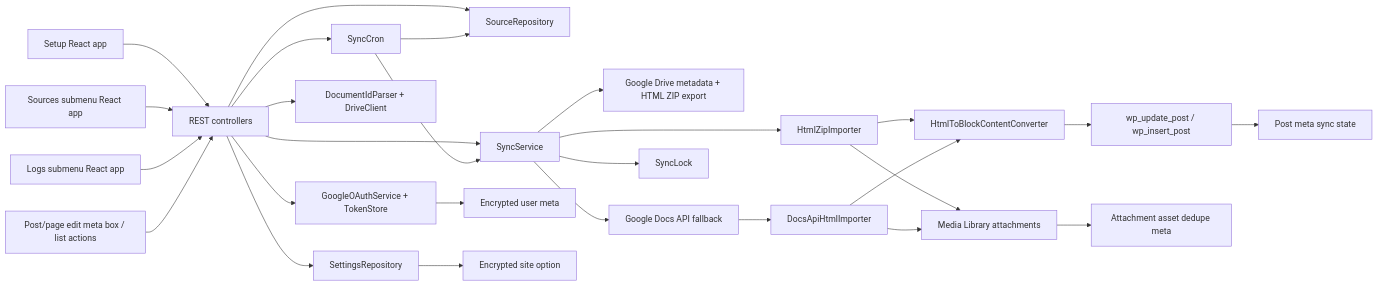
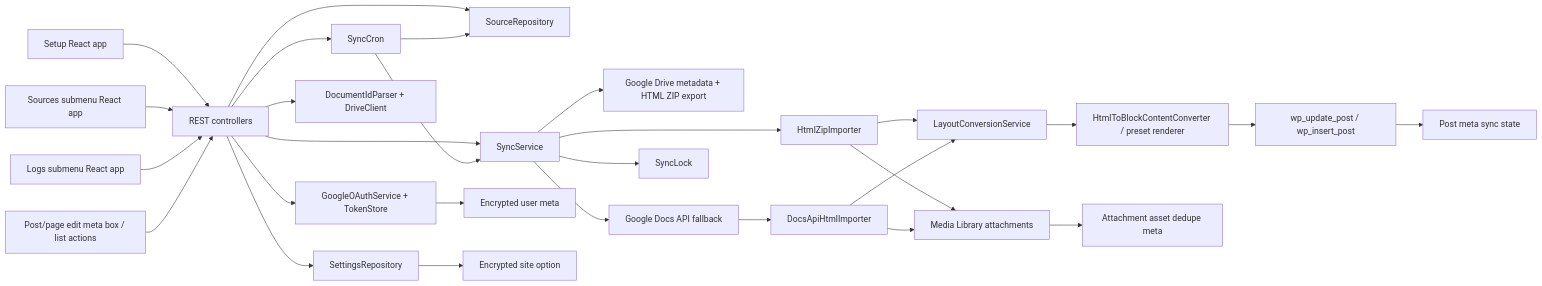
One commit to Brasth/DocSync-WP changed the first of 2 diagrams in docs/system-architecture.md. Above: the diagram before and after it, drawn with Mermaid. The commit also changed other lines of this file and 29 other files, not shown here.

````diff
--- a/docs/system-architecture.md
+++ b/docs/system-architecture.md
@@ -19,29 +19,30 @@
 ```mermaid
 flowchart LR
   SetupApp["Setup React app"] --> REST["REST controllers"]
   SourcesApp["Sources submenu React app"] --> REST
   LogsApp["Logs submenu React app"] --> REST
   TargetUI["Post/page edit meta box / list actions"] --> REST
   REST --> Settings["SettingsRepository"]
   REST --> OAuth["GoogleOAuthService + TokenStore"]
   REST --> Docs["DocumentIdParser + DriveClient"]
   REST --> Sources["SourceRepository"]
   REST --> Sync["SyncService"]
   REST --> Cron["SyncCron"]
   Sync --> Drive["Google Drive metadata + HTML ZIP export"]
   Sync --> DocsAPI["Google Docs API fallback"]
   Sync --> Import["HtmlZipImporter"]
   DocsAPI --> FallbackImport["DocsApiHtmlImporter"]
-  Import --> Blocks["HtmlToBlockContentConverter"]
-  FallbackImport --> Blocks
+  Import --> Layouts["LayoutConversionService"]
+  FallbackImport --> Layouts
+  Layouts --> Blocks["HtmlToBlockContentConverter / preset renderer"]
   Sync --> Lock["SyncLock"]
   Import --> Media["Media Library attachments"]
   Blocks --> WP["wp_update_post / wp_insert_post"]
   WP --> Meta["Post meta sync state"]
   Media --> AttachmentMeta["Attachment asset dedupe meta"]
   FallbackImport --> Media
   OAuth --> Tokens["Encrypted user meta"]
   Settings --> Opts["Encrypted site option"]
   Cron --> Sources
   Cron --> Sync
 ```
````
